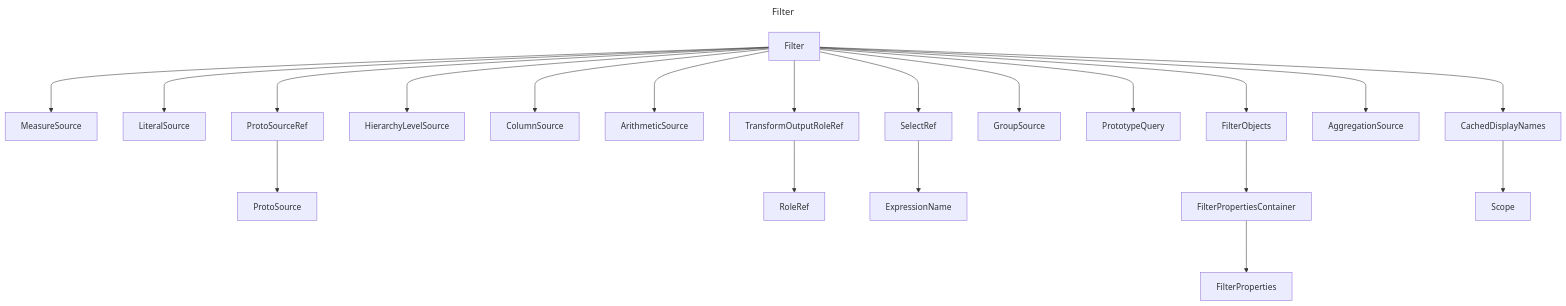
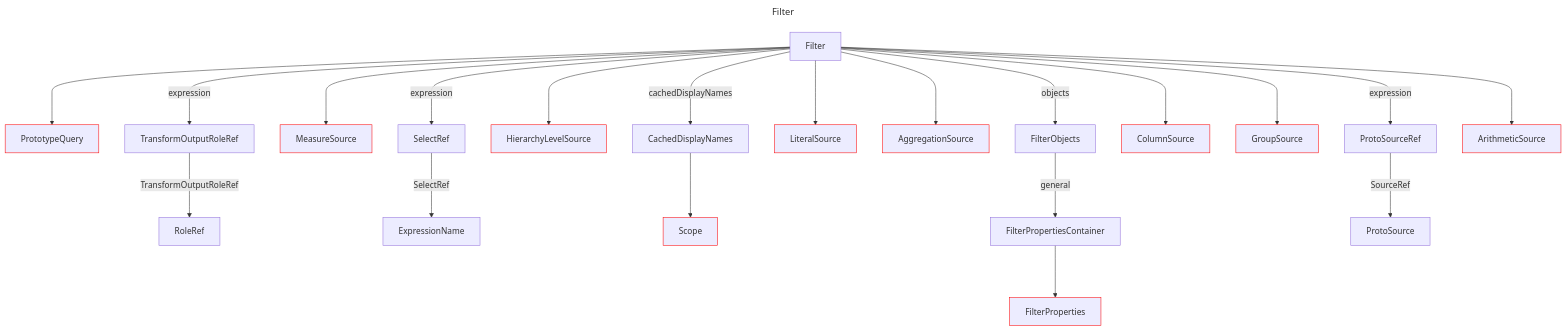
One commit to douglassimonsen/pbi_core changed the diagram in docs/docs/layout/erd/Filter.md. Above: the diagram before and after it, drawn with Mermaid. The commit also changed 77 other files, not shown here.

Commit message:
Updated to color code the layout ERD

````diff
--- a/docs/docs/layout/erd/Filter.md
+++ b/docs/docs/layout/erd/Filter.md
@@ -1,45 +1,55 @@
 ```mermaid
 ---
 title: Filter
 ---
 graph 
-2721642009152["MeasureSource"]
-2721642039408["ProtoSource"]
-2721642022816["LiteralSource"]
-2721642040384["RoleRef"]
-2722076087968["FilterObjects"]
-2721642012080["HierarchyLevelSource"]
-2721641893008["FilterProperties"]
-2721642014032["ColumnSource"]
-2721642013056["ExpressionName"]
-2721642031600["ArithmeticSource"]
-2721642023792["ProtoSourceRef"]
-2721642024768["TransformOutputRoleRef"]
-2721642035504["GroupSource"]
-2722076123104["PrototypeQuery"]
-2722076109440["Filter"]
-2722076124080["CachedDisplayNames"]
-2721641879344["FilterPropertiesContainer"]
-2722076120176["Scope"]
-2721642003296["AggregationSource"]
-2721642016960["SelectRef"]
-2722076109440 ---> 2721642024768
-2722076109440 ---> 2722076087968
-2722076109440 ---> 2721642022816
-2722076109440 ---> 2721642014032
-2722076109440 ---> 2721642012080
-2722076087968 ---> 2721641879344
-2722076109440 ---> 2721642023792
-2721642024768 ---> 2721642040384
-2722076109440 ---> 2721642035504
-2721642023792 ---> 2721642039408
-2721642016960 ---> 2721642013056
-2722076109440 ---> 2721642009152
-2722076109440 ---> 2721642031600
-2722076109440 ---> 2721642003296
-2722076109440 ---> 2722076124080
-2722076109440 ---> 2721642016960
-2721641879344 ---> 2721641893008
-2722076109440 ---> 2722076123104
-2722076124080 ---> 2722076120176
+2430071820688["RoleRef"]
+2430071951472["PrototypeQuery"]
+style 2430071951472 stroke:#ff0000,stroke-width:1px
+2430071814832["TransformOutputRoleRef"]
+2430071366800["ExpressionName"]
+2430071359968["MeasureSource"]
+style 2430071359968 stroke:#ff0000,stroke-width:1px
+2430071356064["SelectRef"]
+2430071363872["HierarchyLevelSource"]
+style 2430071363872 stroke:#ff0000,stroke-width:1px
+2430071944640["FilterObjects"]
+2430071816784["LiteralSource"]
+style 2430071816784 stroke:#ff0000,stroke-width:1px
+2430071960256["Scope"]
+style 2430071960256 stroke:#ff0000,stroke-width:1px
+2430071989536["Filter"]
+2430071358016["AggregationSource"]
+style 2430071358016 stroke:#ff0000,stroke-width:1px
+2430071933904["FilterPropertiesContainer"]
+2430071825568["ProtoSourceRef"]
+2430071365824["ColumnSource"]
+style 2430071365824 stroke:#ff0000,stroke-width:1px
+2430071808976["GroupSource"]
+style 2430071808976 stroke:#ff0000,stroke-width:1px
+2430071819712["ProtoSource"]
+2430071973920["CachedDisplayNames"]
+2430071915360["FilterProperties"]
+style 2430071915360 stroke:#ff0000,stroke-width:1px
+2430071382416["ArithmeticSource"]
+style 2430071382416 stroke:#ff0000,stroke-width:1px
+2430071989536 ---> 2430071951472
+2430071989536 ---> 2430071816784
+2430071933904 ---> 2430071915360
+2430071989536 --->|expression| 2430071356064
+2430071989536 ---> 2430071358016
+2430071825568 --->|SourceRef| 2430071819712
+2430071989536 --->|expression| 2430071814832
+2430071989536 ---> 2430071359968
+2430071989536 --->|expression| 2430071825568
+2430071989536 --->|cachedDisplayNames| 2430071973920
+2430071989536 ---> 2430071382416
+2430071814832 --->|TransformOutputRoleRef| 2430071820688
+2430071944640 --->|general| 2430071933904
+2430071989536 ---> 2430071363872
+2430071973920 ---> 2430071960256
+2430071356064 --->|SelectRef| 2430071366800
+2430071989536 ---> 2430071365824
+2430071989536 --->|objects| 2430071944640
+2430071989536 ---> 2430071808976
 ```
````
